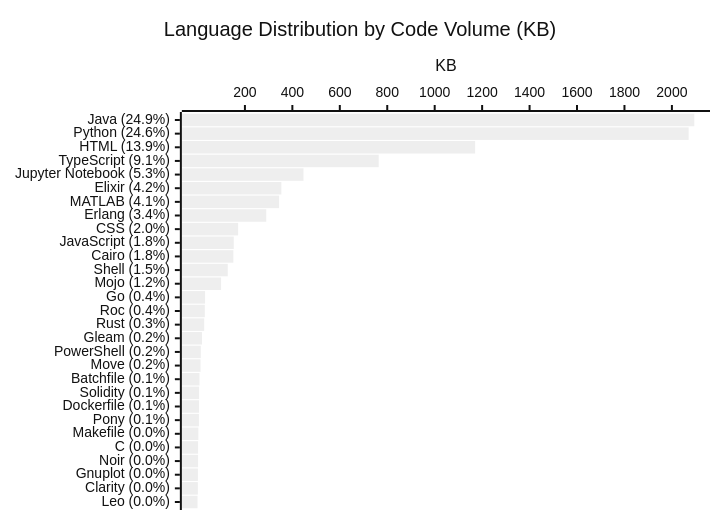
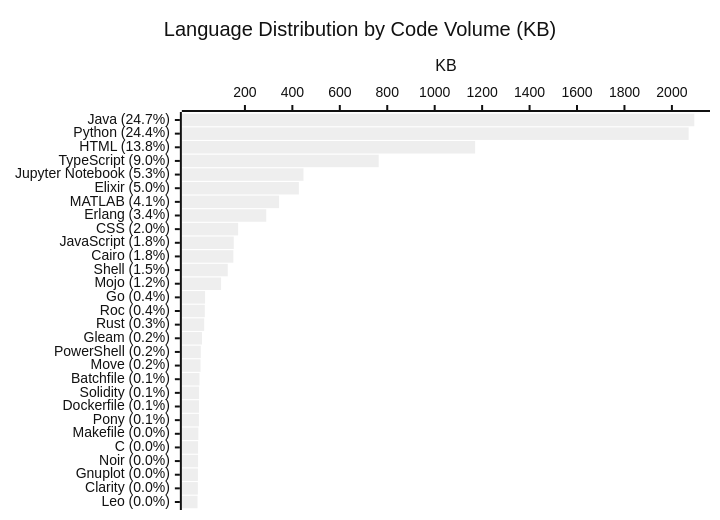
Before and after one commit to KathiraveluLab/.github: the diagram in profile/README.md, drawn with Mermaid (neutral theme). The commit also changed other lines of this file and 1 other file, not shown here.

````diff
--- a/profile/README.md
+++ b/profile/README.md
@@ -69,7 +70,7 @@
 ```mermaid
 xychart-beta horizontal
     title "Language Distribution by Code Volume (KB)"
-    x-axis ["Java (24.9%)", "Python (24.6%)", "HTML (13.9%)", "TypeScript (9.1%)", "Jupyter Notebook (5.3%)", "Elixir (4.2%)", "MATLAB (4.1%)", "Erlang (3.4%)", "CSS (2.0%)", "JavaScript (1.8%)", "Cairo (1.8%)", "Shell (1.5%)", "Mojo (1.2%)", "Go (0.4%)", "Roc (0.4%)", "Rust (0.3%)", "Gleam (0.2%)", "PowerShell (0.2%)", "Move (0.2%)", "Batchfile (0.1%)", "Solidity (0.1%)", "Dockerfile (0.1%)", "Pony (0.1%)", "Makefile (0.0%)", "C (0.0%)", "Noir (0.0%)", "Gnuplot (0.0%)", "Clarity (0.0%)", "Leo (0.0%)"]
+    x-axis ["Java (24.7%)", "Python (24.4%)", "HTML (13.8%)", "TypeScript (9.0%)", "Jupyter Notebook (5.3%)", "Elixir (5.0%)", "MATLAB (4.1%)", "Erlang (3.4%)", "CSS (2.0%)", "JavaScript (1.8%)", "Cairo (1.8%)", "Shell (1.5%)", "Mojo (1.2%)", "Go (0.4%)", "Roc (0.4%)", "Rust (0.3%)", "Gleam (0.2%)", "PowerShell (0.2%)", "Move (0.2%)", "Batchfile (0.1%)", "Solidity (0.1%)", "Dockerfile (0.1%)", "Pony (0.1%)", "Makefile (0.0%)", "C (0.0%)", "Noir (0.0%)", "Gnuplot (0.0%)", "Clarity (0.0%)", "Leo (0.0%)"]
     y-axis "KB"
-    bar [2094.5, 2070.57, 1170.55, 763.92, 446.91, 353.69, 343.93, 289.93, 171.39, 152.99, 151.31, 127.55, 99.52, 32.03, 30.88, 28.25, 18.9, 13.91, 12.89, 8.48, 6.65, 6.34, 6.01, 3.74, 2.58, 2.46, 1.82, 1.53, 0.26]
+    bar [2094.5, 2070.57, 1170.55, 763.92, 446.91, 427.48, 343.93, 289.93, 171.39, 152.99, 151.31, 127.55, 99.52, 32.03, 30.88, 28.25, 18.9, 13.91, 12.89, 8.48, 6.65, 6.34, 6.01, 3.74, 2.58, 2.46, 1.82, 1.53, 0.26]
 ```
````
